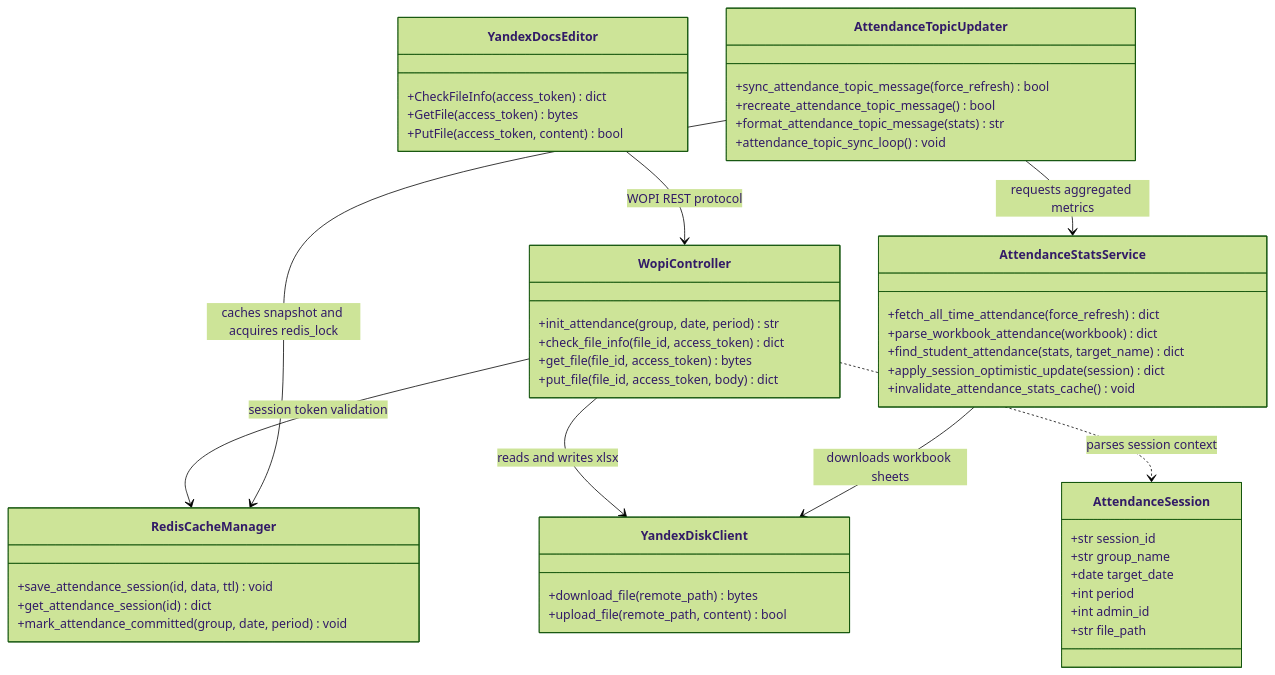
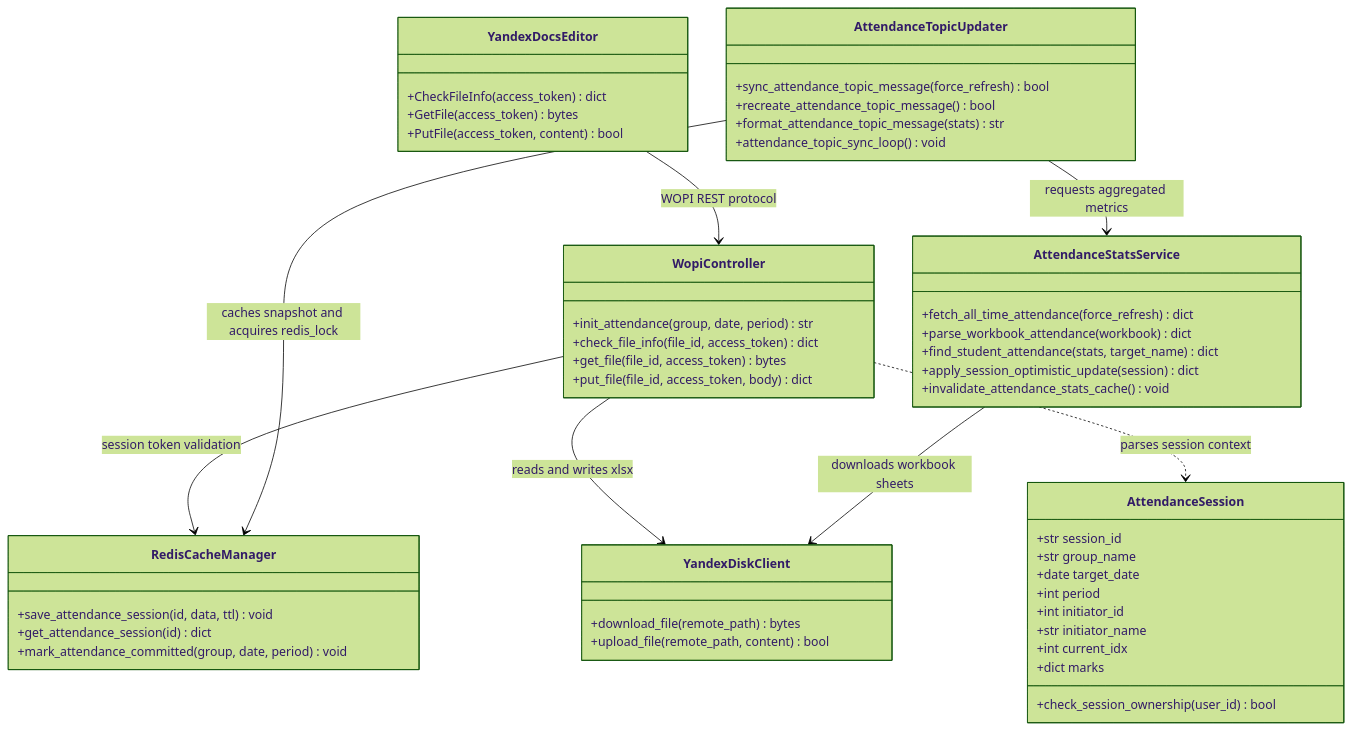
Before and after one commit to Utkautka1/para: the sixth of 7 diagrams in docs/UML.md, drawn with Mermaid (forest theme). The commit also changed other lines of this file and 36 other files, not shown here.

````diff
--- a/docs/UML.md
+++ b/docs/UML.md
@@ -445,60 +490,63 @@
 ```mermaid
 classDiagram
     direction TB
 
     class AttendanceSession {
         +str session_id
         +str group_name
         +date target_date
         +int period
-        +int admin_id
-        +str file_path
+        +int initiator_id
+        +str initiator_name
+        +int current_idx
+        +dict marks
+        +check_session_ownership(user_id) bool
     }
 
     class WopiController {
         +init_attendance(group, date, period) str
         +check_file_info(file_id, access_token) dict
         +get_file(file_id, access_token) bytes
         +put_file(file_id, access_token, body) dict
     }
 
     class RedisCacheManager {
         +save_attendance_session(id, data, ttl) void
         +get_attendance_session(id) dict
         +mark_attendance_committed(group, date, period) void
     }
 
     class YandexDiskClient {
         +download_file(remote_path) bytes
         +upload_file(remote_path, content) bool
     }
 
     class YandexDocsEditor {
         +CheckFileInfo(access_token) dict
         +GetFile(access_token) bytes
         +PutFile(access_token, content) bool
     }
 
     class AttendanceStatsService {
         +fetch_all_time_attendance(force_refresh) dict
         +parse_workbook_attendance(workbook) dict
         +find_student_attendance(stats, target_name) dict
         +apply_session_optimistic_update(session) dict
         +invalidate_attendance_stats_cache() void
     }
 
     class AttendanceTopicUpdater {
         +sync_attendance_topic_message(force_refresh) bool
         +recreate_attendance_topic_message() bool
         +format_attendance_topic_message(stats) str
         +attendance_topic_sync_loop() void
     }
 
     WopiController --> RedisCacheManager : session token validation
     WopiController --> YandexDiskClient : reads and writes xlsx
     WopiController ..> AttendanceSession : parses session context
     YandexDocsEditor --> WopiController : WOPI REST protocol
     AttendanceTopicUpdater --> AttendanceStatsService : requests aggregated metrics
     AttendanceTopicUpdater --> RedisCacheManager : caches snapshot and acquires redis_lock
     AttendanceStatsService --> YandexDiskClient : downloads workbook sheets
 ```
````
